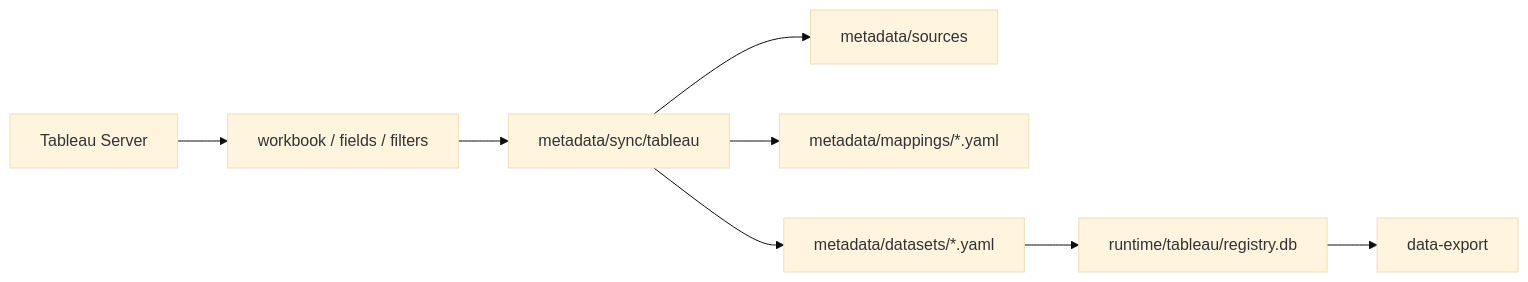
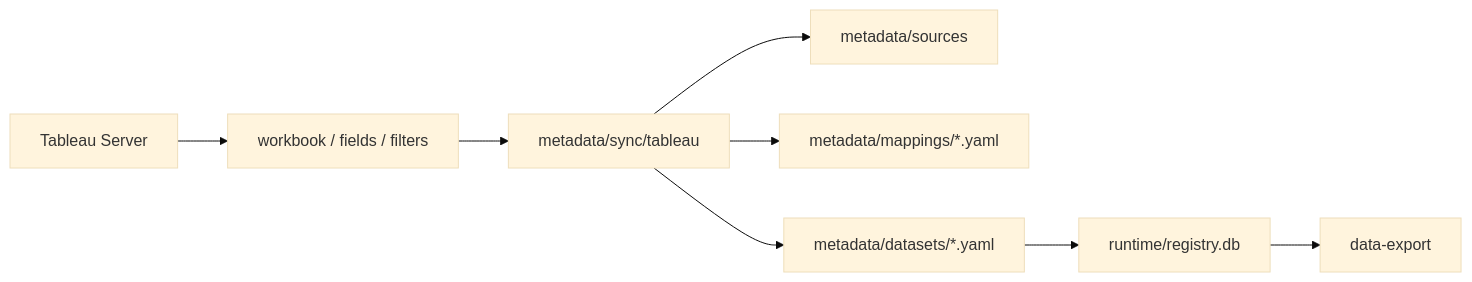
One commit to dabaige53/RealAnalyst changed the diagram in metadata/sync/tableau/README.md. Above: the diagram before and after it, drawn with Mermaid (base theme). The commit also changed 62 other files, not shown here.

````diff
--- a/metadata/sync/tableau/README.md
+++ b/metadata/sync/tableau/README.md
@@ -20,10 +20,10 @@
 ```mermaid
 flowchart LR
     T[Tableau Server] --> W[workbook / fields / filters]
     W --> Sync[metadata/sync/tableau]
     Sync --> Sources[metadata/sources]
     Sync --> Mapping[metadata/mappings/*.yaml]
     Sync --> YAML[metadata/datasets/*.yaml]
-    YAML --> Registry[runtime/tableau/registry.db]
+    YAML --> Registry[runtime/registry.db]
     Registry --> Export[data-export]
 ```
````
